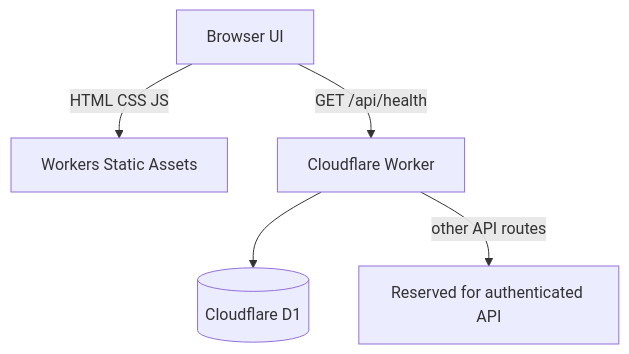
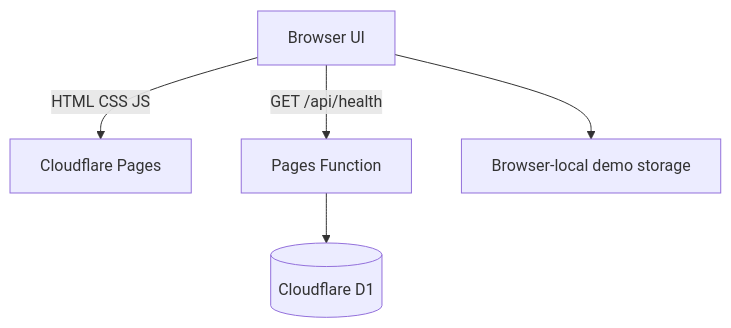
Before and after one commit to DevJel/jelhr-system: the diagram in README.md, drawn with Mermaid. The commit also changed other lines of this file, not shown here.

Commit message:
Document Cloudflare Pages deployment and demo boundaries

````diff
--- a/README.md
+++ b/README.md
@@ -35,7 +47,7 @@
 ```mermaid
 flowchart TD
-  Browser[Browser UI] -->|HTML CSS JS| Assets[Workers Static Assets]
-  Browser -->|GET /api/health| Worker[Cloudflare Worker]
-  Worker --> D1[(Cloudflare D1)]
-  Worker -->|other API routes| Reserved[Reserved for authenticated API]
+  Browser[Browser UI] -->|HTML CSS JS| Pages[Cloudflare Pages]
+  Browser -->|GET /api/health| Function[Pages Function]
+  Function --> D1[(Cloudflare D1)]
+  Browser --> Local[Browser-local demo storage]
 ```
````
